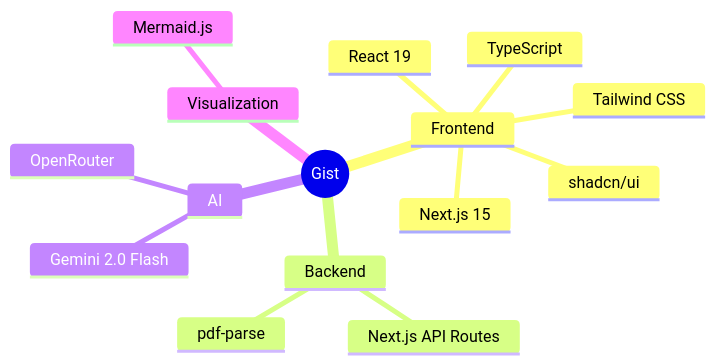
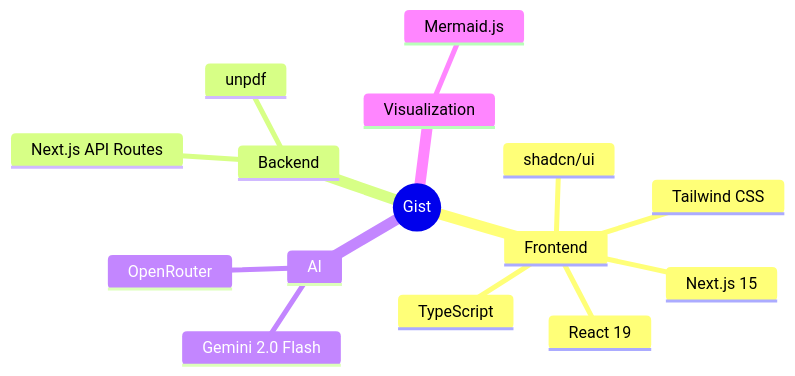
One commit to HUSAM-07/gist changed the third of 5 diagrams in README.md. Above: the diagram before and after it, drawn with Mermaid. The commit also changed other lines of this file and 4 other files, not shown here.

Commit message:
fix: replace pdf-parse with unpdf for serverless compatibility

````diff
--- a/README.md
+++ b/README.md
@@ -72,18 +72,18 @@
 ```mermaid
 mindmap
   root((Gist))
     Frontend
       Next.js 15
       React 19
       TypeScript
       Tailwind CSS
       shadcn/ui
     Backend
       Next.js API Routes
-      pdf-parse
+      unpdf
     AI
       OpenRouter
       Gemini 2.0 Flash
     Visualization
       Mermaid.js
 ```
````
